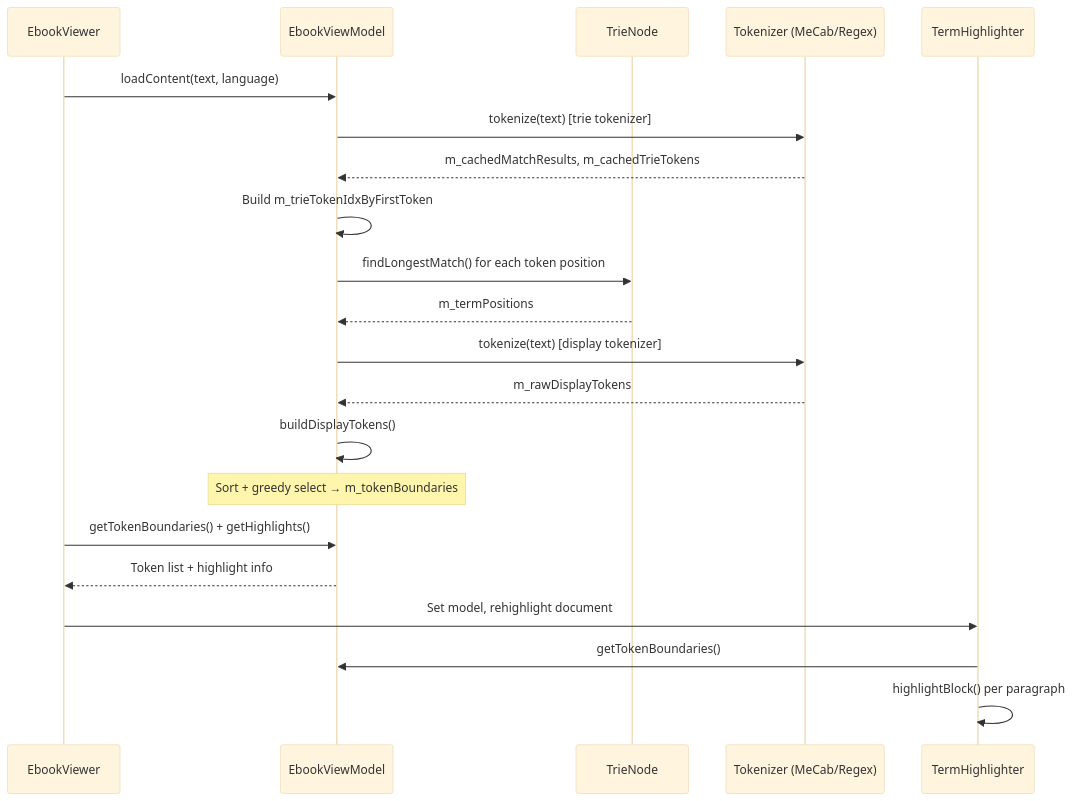
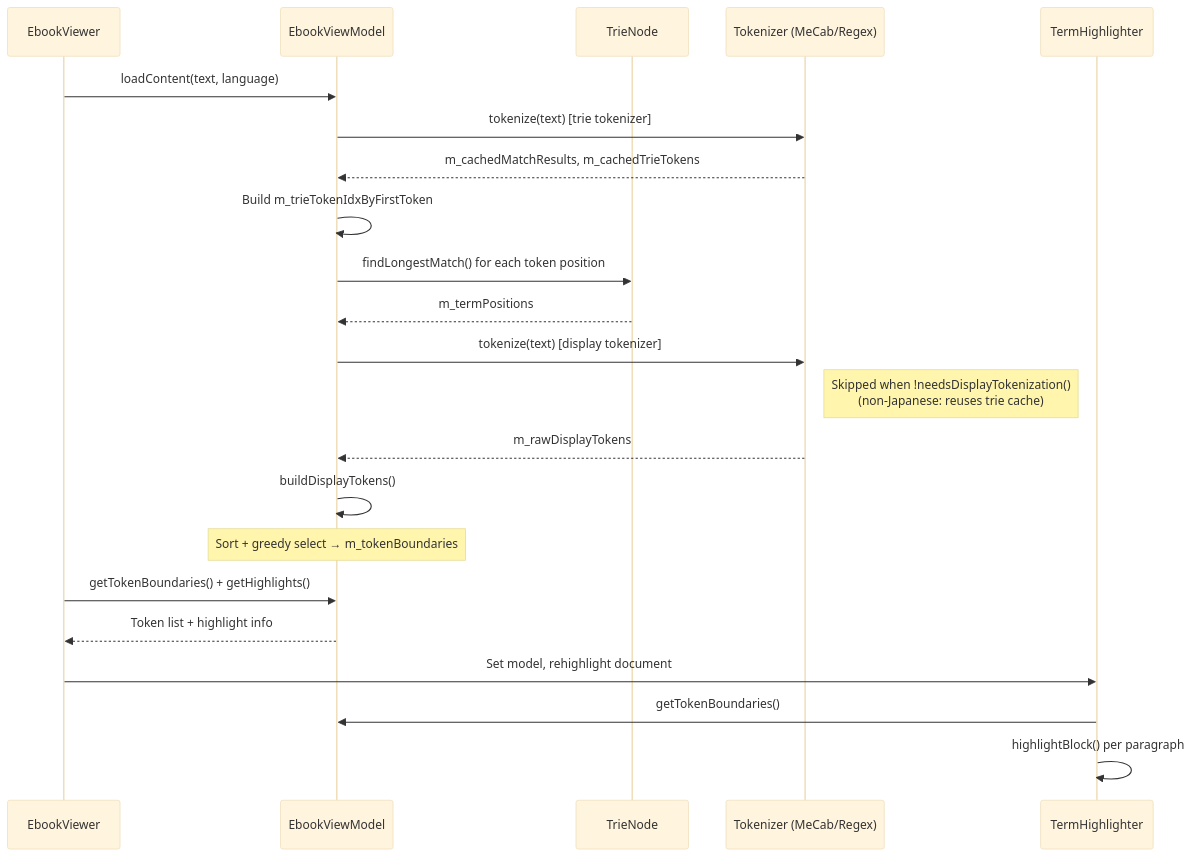
Before and after one commit to jrandallclark/kotodama: the seventh of 7 diagrams in docs/tokenization-and-highlighting.md, drawn with Mermaid (base theme). The commit also changed other lines of this file and 7 other files, not shown here.

Commit message:
perf: skip redundant display tokenization for non-Japanese languages

````diff
--- a/docs/tokenization-and-highlighting.md
+++ b/docs/tokenization-and-highlighting.md
@@ -243,27 +279,28 @@
 ```mermaid
 sequenceDiagram
     participant Viewer as EbookViewer
     participant Model as EbookViewModel
     participant Trie as TrieNode
     participant Tokenizer as Tokenizer (MeCab/Regex)
     participant HL as TermHighlighter
 
     Viewer->>Model: loadContent(text, language)
     Model->>Tokenizer: tokenize(text) [trie tokenizer]
     Tokenizer-->>Model: m_cachedMatchResults, m_cachedTrieTokens
     Model->>Model: Build m_trieTokenIdxByFirstToken
     Model->>Trie: findLongestMatch() for each token position
     Trie-->>Model: m_termPositions
 
     Model->>Tokenizer: tokenize(text) [display tokenizer]
+    Note right of Tokenizer: Skipped when !needsDisplayTokenization()<br/>(non-Japanese: reuses trie cache)
     Tokenizer-->>Model: m_rawDisplayTokens
 
     Model->>Model: buildDisplayTokens()
     Note over Model: Sort + greedy select → m_tokenBoundaries
 
     Viewer->>Model: getTokenBoundaries() + getHighlights()
     Model-->>Viewer: Token list + highlight info
     Viewer->>HL: Set model, rehighlight document
     HL->>Model: getTokenBoundaries()
     HL->>HL: highlightBlock() per paragraph
 ```
````
